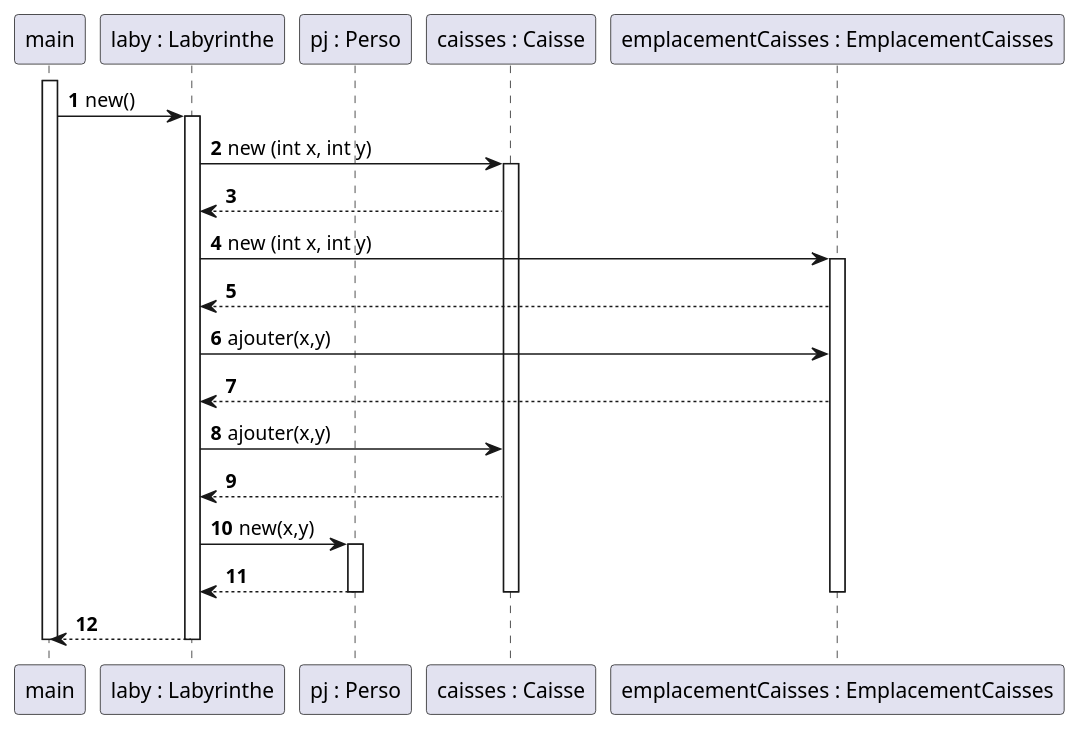
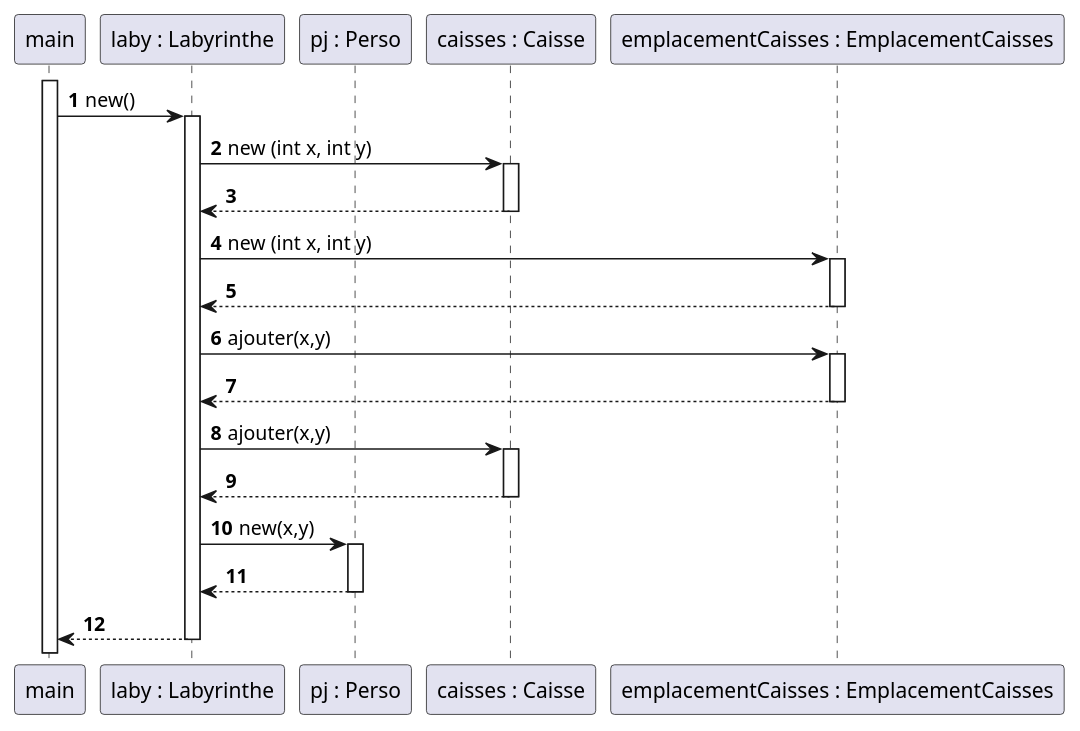
The diagram in documents/version_3/Diagramme sequence Creation.puml (Flotss/Zeldiablo), drawn with PlantUML before and after one commit. The commit also changed 8 other files, not shown here.

Commit message:
Rename Position to Cases, diagrammes life line is better

```diff
--- a/documents/version_3/Diagramme sequence Creation.puml
+++ b/documents/version_3/Diagramme sequence Creation.puml
@@ -1,41 +1,45 @@
 @startuml
 'https://plantuml.com/sequence-diagram
 participant "main" as m
 participant "laby : Labyrinthe" as l
 participant "pj : Perso" as p
 participant "caisses : Caisse" as c
 participant "emplacementCaisses : EmplacementCaisses" as ep
 
 autonumber
 
 
 
 activate m
 
 m -> l : new()
 activate l
 
 l -> c : new (int x, int y)
 activate c
 l <-- c
+deactivate c
 l -> ep : new (int x, int y)
 activate ep
 l <-- ep
+deactivate ep
 
 l -> ep : ajouter(x,y)
+activate ep
 l <-- ep
+deactivate ep
+
 l -> c : ajouter(x,y)
+activate c
 l <-- c
+deactivate c
 l -> p : new(x,y)
 activate p
 l <-- p
 deactivate p
-deactivate c
-deactivate ep
 m <-- l
 deactivate l
-deactivate m
 
 
 
 @enduml
```
